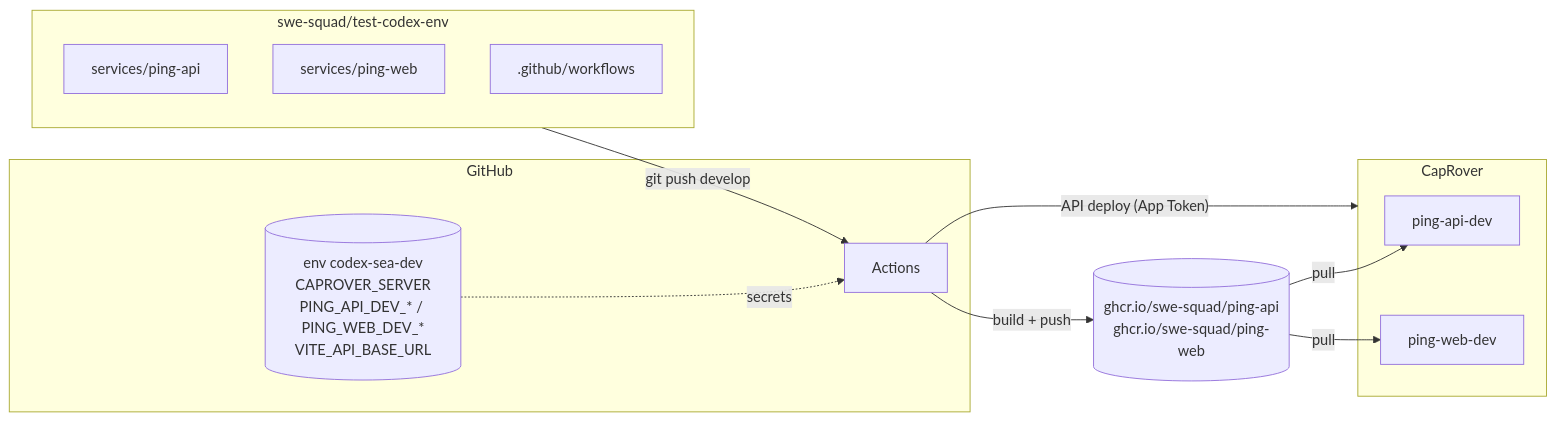
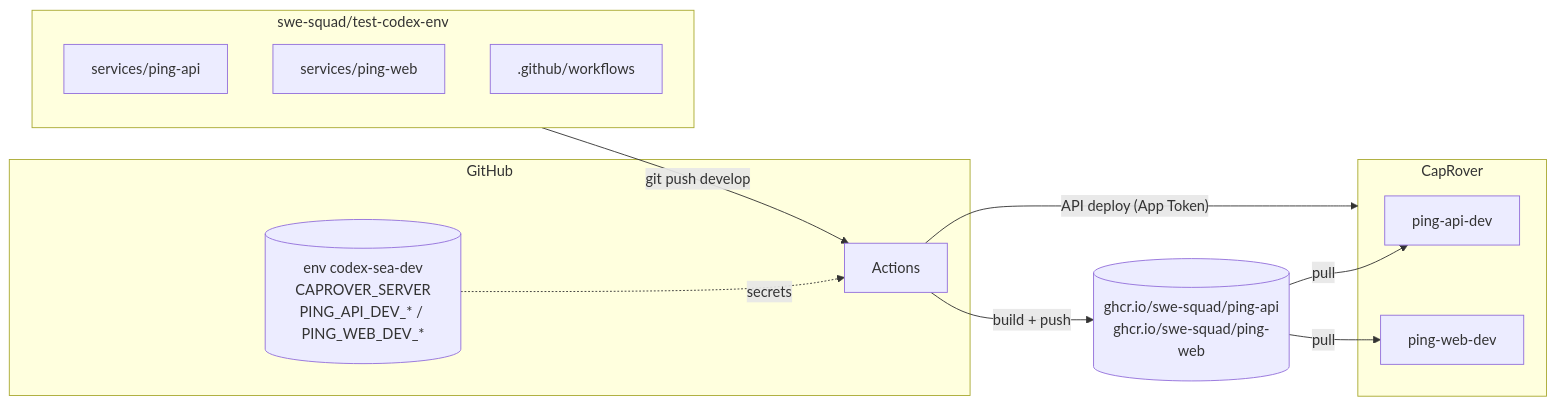
Before and after one commit to swe-squad/test-codex-env: the first of 3 diagrams in docs/deploy-flow.md, drawn with Mermaid. The commit also changed other lines of this file and 20 other files, not shown here.

````diff
--- a/docs/deploy-flow.md
+++ b/docs/deploy-flow.md
@@ -36,24 +36,24 @@
 ```mermaid
 flowchart LR
     subgraph REPO["swe-squad/test-codex-env"]
         S1[services/ping-api]
         S2[services/ping-web]
         WF[.github/workflows]
     end
     subgraph GH["GitHub"]
         GA[Actions]
-        E1[(env codex-sea-dev<br/>CAPROVER_SERVER<br/>PING_API_DEV_* / PING_WEB_DEV_*<br/>VITE_API_BASE_URL)]
+        E1[(env codex-sea-dev<br/>CAPROVER_SERVER<br/>PING_API_DEV_* / PING_WEB_DEV_*)]
     end
     GHCR[(ghcr.io/swe-squad/ping-api<br/>ghcr.io/swe-squad/ping-web)]
     subgraph CR["CapRover"]
         A1[ping-api-dev]
         A2[ping-web-dev]
     end
 
     REPO -- git push develop --> GA
     E1 -. secrets .-> GA
     GA -- build + push --> GHCR
     GA -- "API deploy (App Token)" --> CR
     GHCR -- pull --> A1
     GHCR -- pull --> A2
 ```
````
